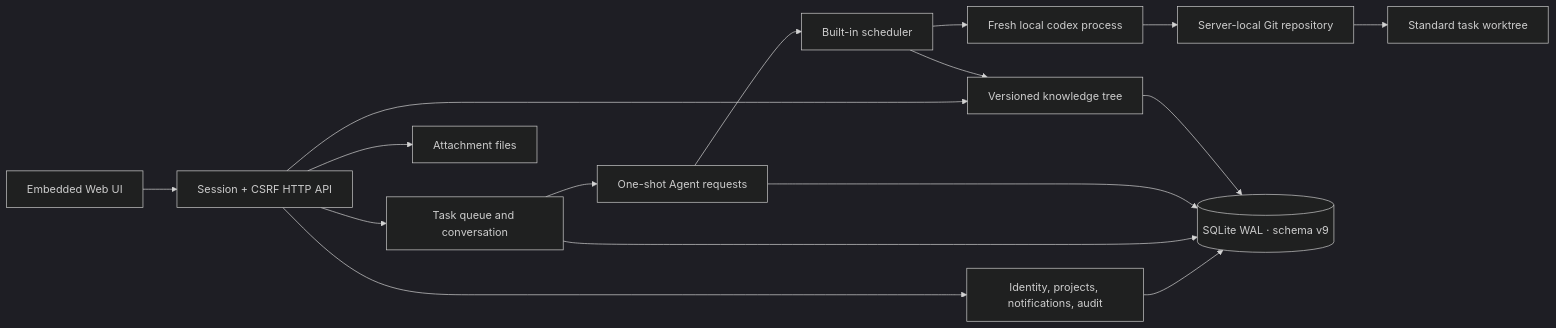
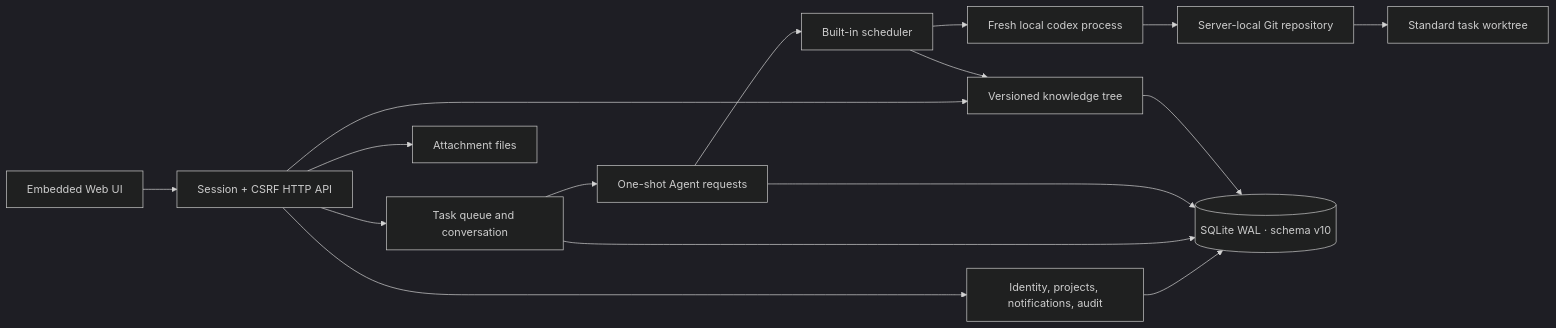
Before and after one commit to backinfile/ProjectBoard: the diagram in docs/ARCHITECTURE.md, drawn with Mermaid (dark theme). The commit also changed other lines of this file and 17 other files, not shown here.

````diff
--- a/docs/ARCHITECTURE.md
+++ b/docs/ARCHITECTURE.md
@@ -3,18 +3,18 @@
 ```mermaid
 flowchart LR
   H["Embedded Web UI"] --> A["Session + CSRF HTTP API"]
   A --> I["Identity, projects, notifications, audit"]
   A --> T["Task queue and conversation"]
   A --> K["Versioned knowledge tree"]
   T --> R["One-shot Agent requests"]
   R --> S["Built-in scheduler"]
   S --> C["Fresh local codex process"]
   C --> G["Server-local Git repository"]
   G --> W["Standard task worktree"]
   S --> K
-  I --> D[("SQLite WAL · schema v9")]
+  I --> D[("SQLite WAL · schema v10")]
   T --> D
   R --> D
   K --> D
   A --> F["Attachment files"]
 ```
````
